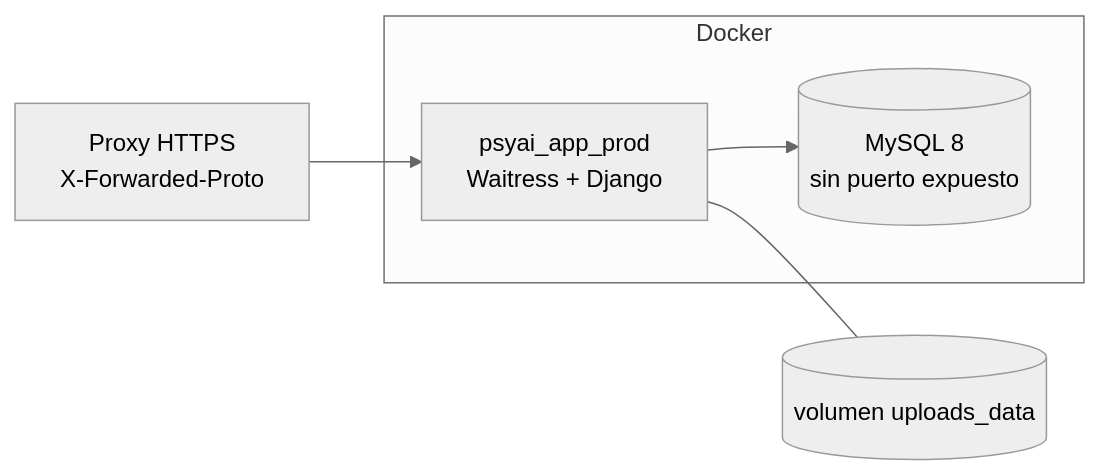
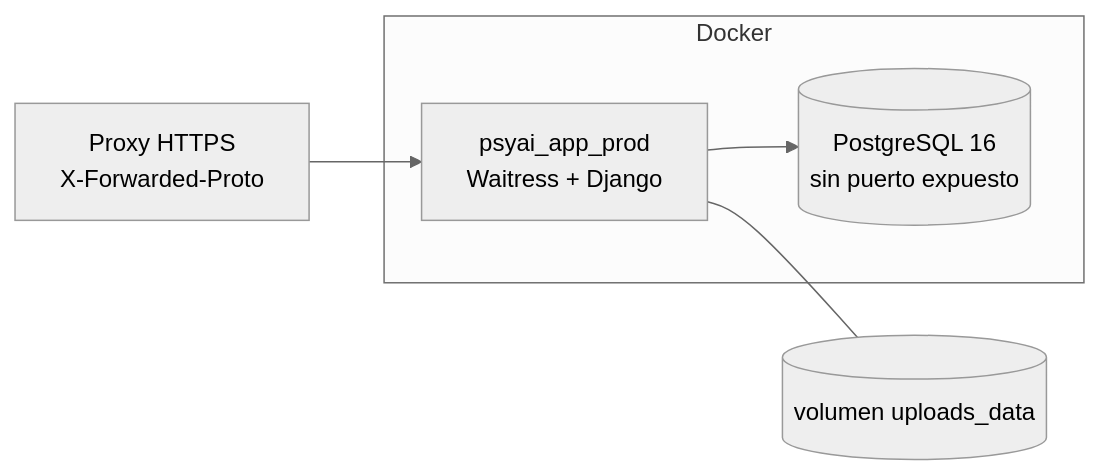
One commit to ArleyRojo/PsyAI-Connect changed the fifth of 5 diagrams in docs/architecture.md. Above: the diagram before and after it, drawn with Mermaid (neutral theme). The commit also changed other lines of this file and 3 other files, not shown here.

Commit message:
docs: actualizar a PostgreSQL 16 en README, despliegue, arquitectura y testing (Fase 6)

````diff
--- a/docs/architecture.md
+++ b/docs/architecture.md
@@ -164,8 +164,8 @@
 ```mermaid
 flowchart LR
     subgraph Docker
-        APP[psyai_app_prod<br/>Waitress + Django] --> DB[(MySQL 8<br/>sin puerto expuesto)]
+        APP[psyai_app_prod<br/>Waitress + Django] --> DB[(PostgreSQL 16<br/>sin puerto expuesto)]
     end
     APP --- V[(volumen uploads_data)]
     PX[Proxy HTTPS<br/>X-Forwarded-Proto] --> APP
 ```
````
